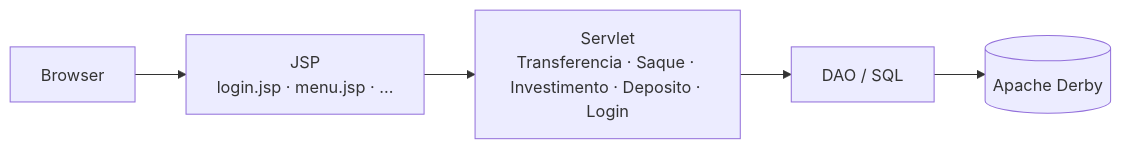
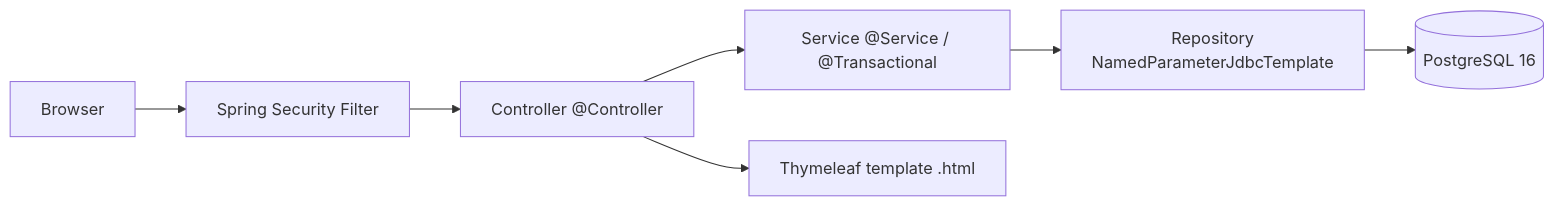
The diagram in docs/ARCHITECTURE.md (vaniacourses/trabalho-qualidade-e-teste-ffc-grupo-de-guerreiros), drawn with Mermaid before and after one commit. The commit also changed other lines of this file and 2 other files, not shown here.

Commit message:
docs: rewrite readme and architecture for new stack

````diff
--- a/docs/ARCHITECTURE.md
+++ b/docs/ARCHITECTURE.md
@@ -7,7 +7,9 @@
 ```mermaid
 flowchart LR
-    Browser[Browser] --> JSP[JSP<br/>login.jsp · menu.jsp · ...]
-    JSP --> Servlet[Servlet<br/>Transferencia · Saque · Investimento · Deposito · Login]
-    Servlet --> DAO[DAO / SQL]
-    DAO --> Derby[(Apache Derby)]
+    Browser[Browser] --> Filter[Spring Security Filter]
+    Filter --> Controller[Controller @Controller]
+    Controller --> Service[Service @Service / @Transactional]
+    Service --> Repository[Repository<br/>NamedParameterJdbcTemplate]
+    Repository --> Postgres[(PostgreSQL 16)]
+    Controller --> View[Thymeleaf template .html]
 ```
````
